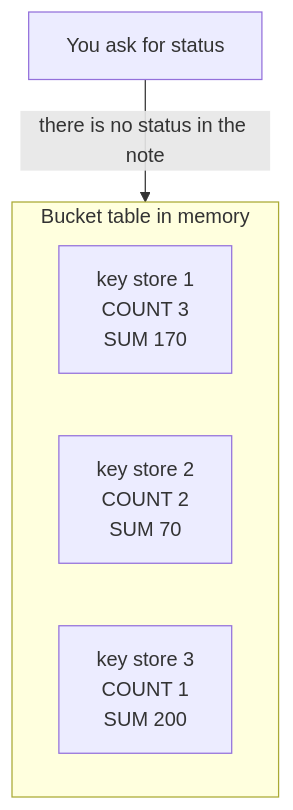
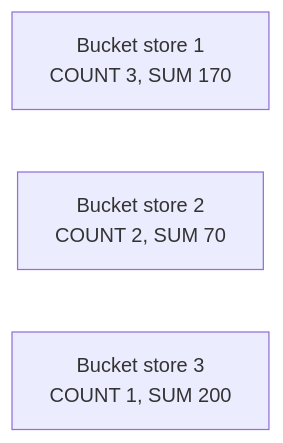
One commit to starjustice/research-material changed the second of 4 diagrams in learn/database/03-grouping-and-aggregation.md. Above: the diagram before and after it, drawn with Mermaid. The commit also changed other lines of this file, not shown here.

````diff
--- a/learn/database/03-grouping-and-aggregation.md
+++ b/learn/database/03-grouping-and-aggregation.md
@@ -109,9 +143,5 @@
 ```mermaid
 graph TB
-    subgraph M ["Bucket table in memory"]
-        K1["key store 1<br/>COUNT 3<br/>SUM 170"]
-        K2["key store 2<br/>COUNT 2<br/>SUM 70"]
-        K3["key store 3<br/>COUNT 1<br/>SUM 200"]
-    end
-    Q["You ask for status"] -->|there is no status in the note| M
+    N1["Bucket store 1<br/>COUNT 3, SUM 170"] ~~~ N2["Bucket store 2<br/>COUNT 2, SUM 70"]
+    N2 ~~~ N3["Bucket store 3<br/>COUNT 1, SUM 200"]
 ```
````
